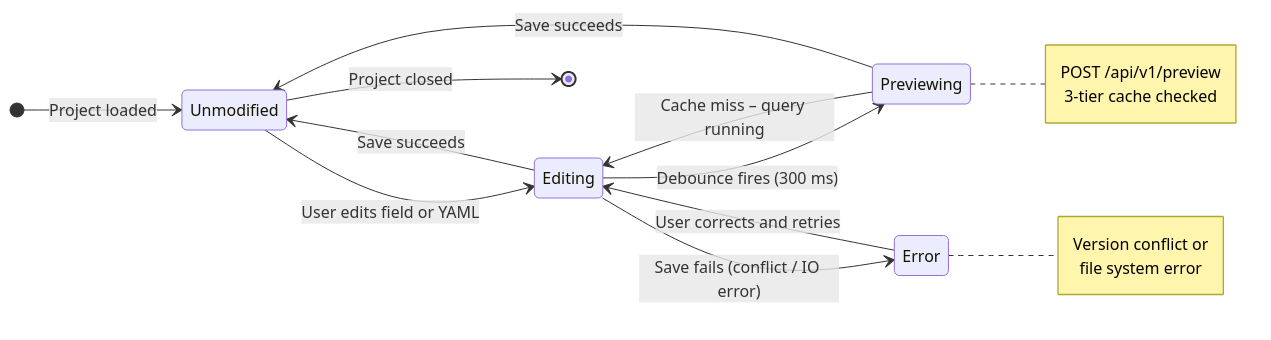
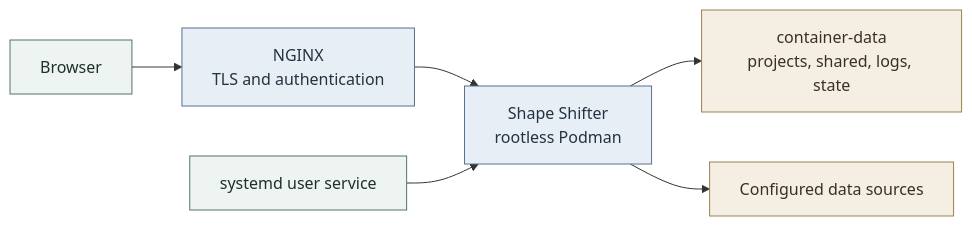
One commit to humlab-sead/sead_shape_shifter changed the sixth of 7 diagrams in docs/DIAGRAMS.md. Above: the diagram before and after it, drawn with Mermaid. The commit also changed other lines of this file and 25 other files, not shown here.

````diff
--- a/docs/DIAGRAMS.md
+++ b/docs/DIAGRAMS.md
@@ -1129,34 +117,15 @@
 ```mermaid
-stateDiagram-v2
-    direction LR
+flowchart LR
+    Browser[Browser] --> Nginx[NGINX\nTLS and authentication]
+    Nginx --> App[Shape Shifter\nrootless Podman]
+    App --> Data[container-data\nprojects, shared, logs, state]
+    App --> Database[Configured data sources]
+    Systemd[systemd user service] --> App
 
-    [*] --> Unmodified : Project loaded
-    Unmodified --> Editing : User edits field or YAML
-    Editing --> Previewing : Debounce fires (300 ms)
-    Previewing --> Editing : Cache miss – query running
-    Previewing --> Unmodified : Save succeeds
-    Editing --> Unmodified : Save succeeds
-    Editing --> Error : Save fails (conflict / IO error)
-    Error --> Editing : User corrects and retries
-    Unmodified --> [*] : Project closed
-
-    note right of Previewing
-        POST /api/v1/preview
-        3-tier cache checked
-    end note
-
-    note right of Error
-        Version conflict or
-        file system error
-    end note
-
-    classDef clean fill:#dff7e8,stroke:#2e9f5b,color:#1d3a29;
-    classDef active fill:#e8f4fd,stroke:#4a90d9,color:#1a3a5c;
-    classDef running fill:#fff7d6,stroke:#d6a300,color:#2b2b2b;
-    classDef err fill:#ffe0e0,stroke:#d64545,color:#4a1f1f;
-
-    class Unmodified clean;
-    class Editing active;
-    class Previewing running;
-    class Error err;
+    classDef external fill:#eef4f1,stroke:#527568,color:#1f302a;
+    classDef runtime fill:#e7eef5,stroke:#58728c,color:#243241;
+    classDef storage fill:#f5efe3,stroke:#9b8153,color:#3b3020;
+    class Browser,Systemd external;
+    class Nginx,App runtime;
+    class Data,Database storage;
 ```
````
